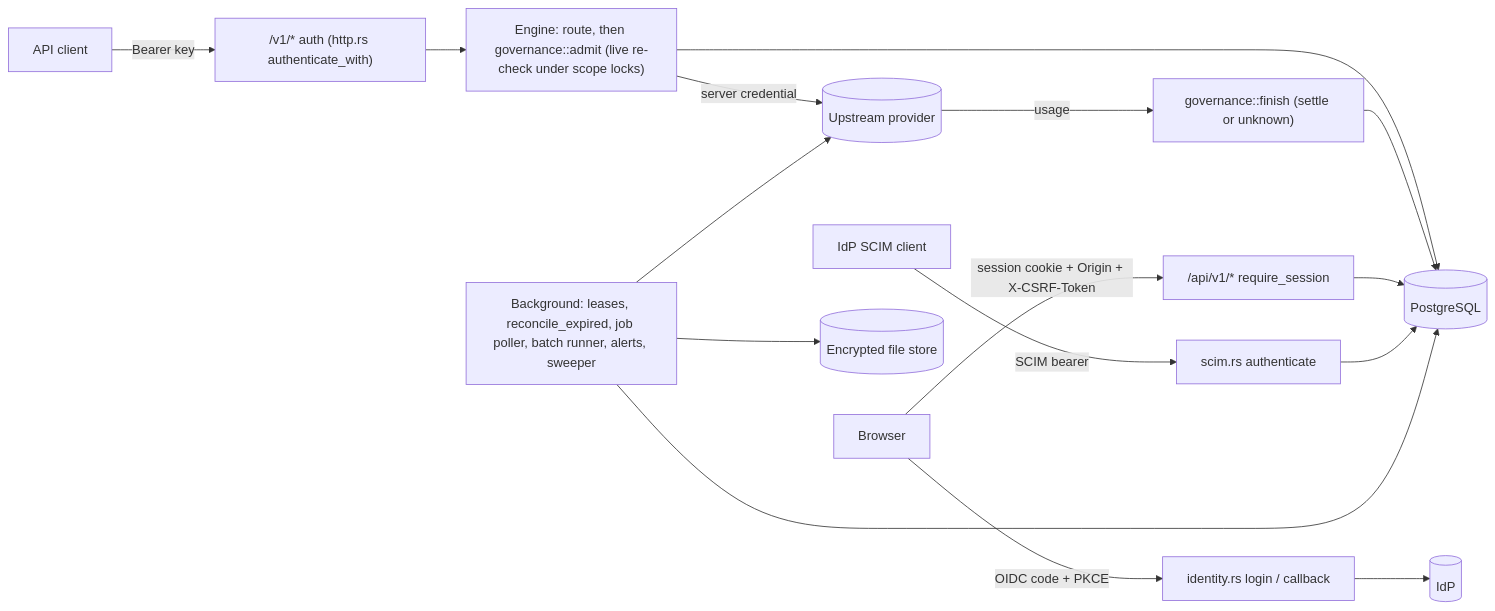
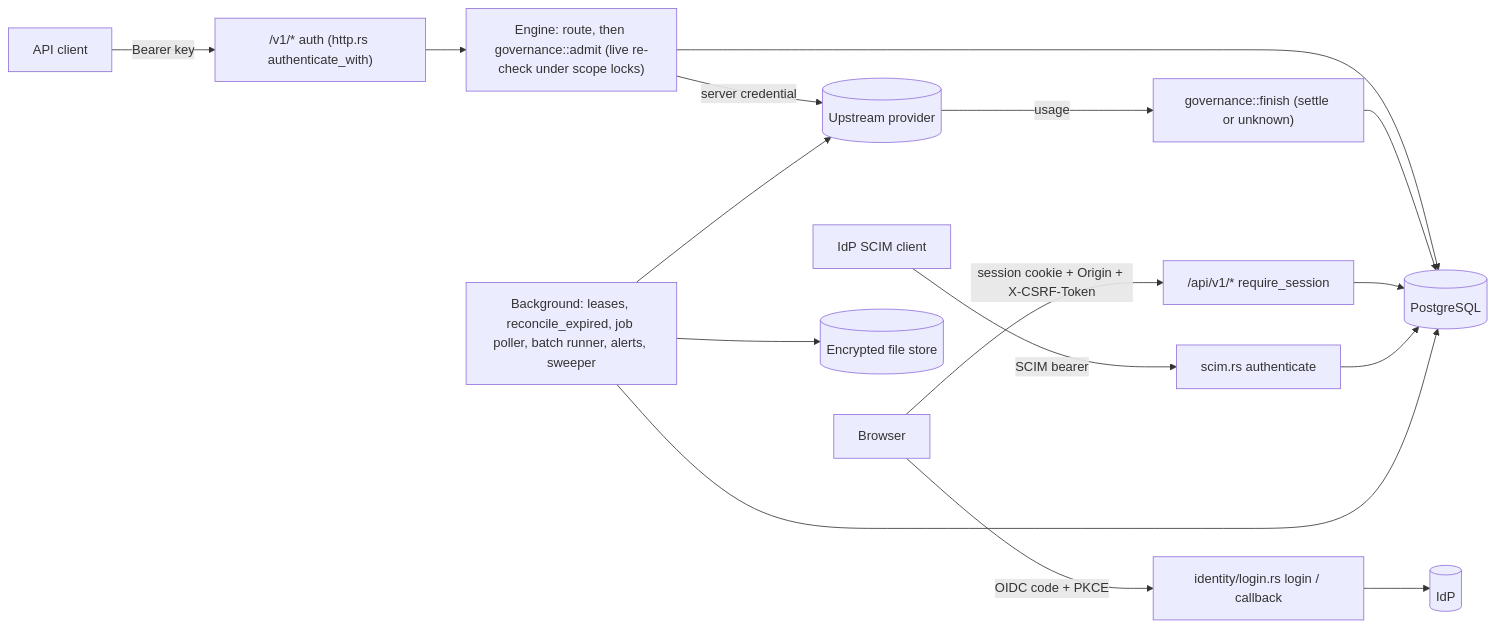
Before and after one commit to ncecere/open-model-gateway: the diagram in docs/threat-model.md, drawn with Mermaid. The commit also changed other lines of this file and 7 other files, not shown here.

````diff
--- a/docs/threat-model.md
+++ b/docs/threat-model.md
@@ -62,18 +62,18 @@
 ```mermaid
 flowchart LR
   C[API client] -- "Bearer key" --> I["/v1/* auth (http.rs authenticate_with)"]
   I --> E["Engine: route, then governance::admit (live re-check under scope locks)"]
   E -- "server credential" --> U[(Upstream provider)]
   E --> DB[(PostgreSQL)]
   U -- "usage" --> S["governance::finish (settle or unknown)"]
   S --> DB
-  B[Browser] -- "OIDC code + PKCE" --> O["identity.rs login / callback"]
+  B[Browser] -- "OIDC code + PKCE" --> O["identity/login.rs login / callback"]
   O --> IdP[(IdP)]
   B -- "session cookie + Origin + X-CSRF-Token" --> M["/api/v1/* require_session"]
   M --> DB
   P[IdP SCIM client] -- "SCIM bearer" --> SC["scim.rs authenticate"]
   SC --> DB
   W["Background: leases, reconcile_expired, job poller, batch runner, alerts, sweeper"] --> DB
   W --> U
   W --> FS[(Encrypted file store)]
 ```
````
